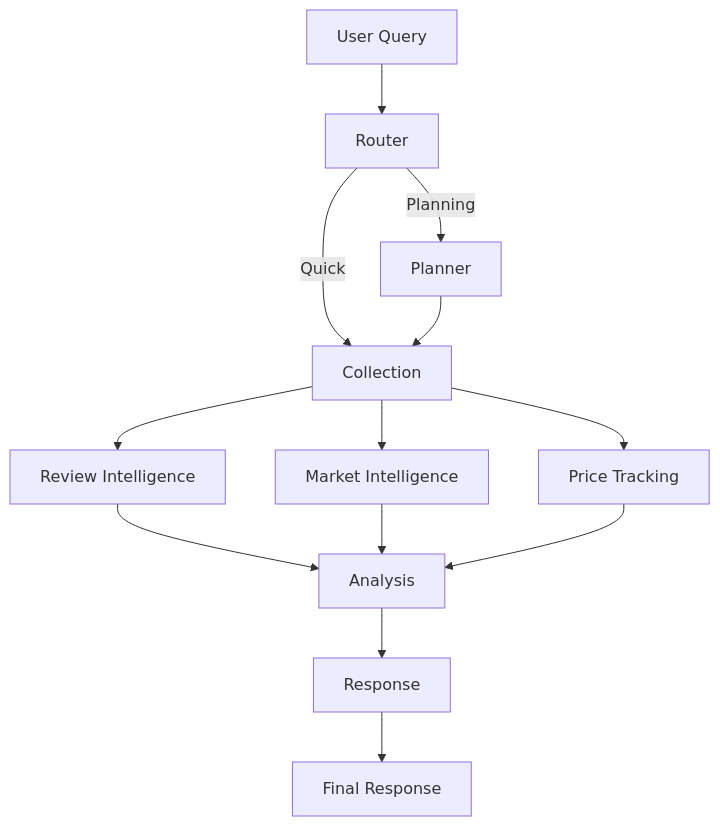
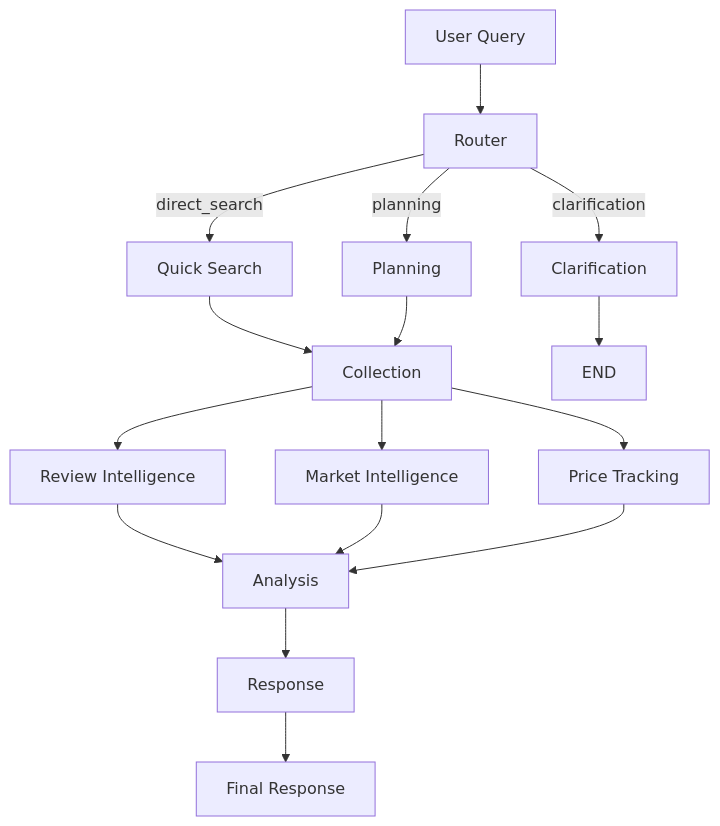
One commit to xt2201/Ecommerce-Insights-AI changed the diagram in README.md. Above: the diagram before and after it, drawn with Mermaid. The commit also changed other lines of this file, not shown here.

````diff
--- a/README.md
+++ b/README.md
@@ -51,15 +51,18 @@
 ```mermaid
 graph TD
     User[User Query] --> Router
-    Router -->|Planning| Planner
-    Router -->|Quick| Collection
-    Planner --> Collection
+    Router -->|direct_search| QuickSearch[Quick Search]
+    Router -->|planning| Planning
+    Router -->|clarification| Clarification
+    QuickSearch --> Collection
+    Planning --> Collection
+    Clarification --> END1[END]
     Collection --> Review[Review Intelligence]
     Collection --> Market[Market Intelligence]
     Collection --> Price[Price Tracking]
     Review --> Analysis
     Market --> Analysis
     Price --> Analysis
     Analysis --> Response
-    Response --> Final[Final Response]
+    Response --> END2[Final Response]
 ```
````
